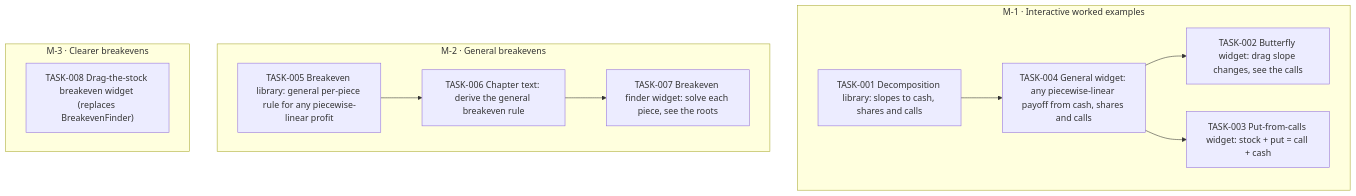
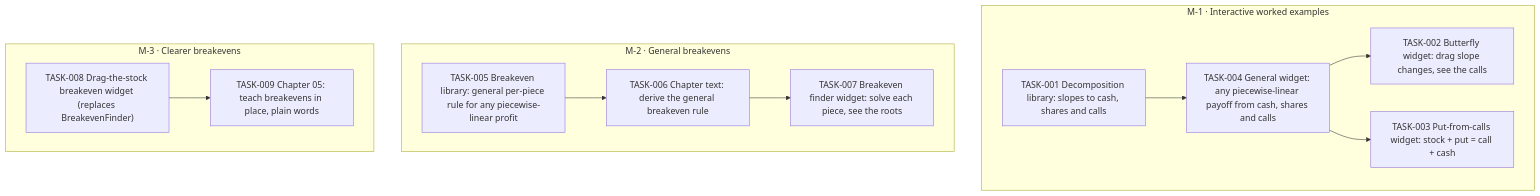
One commit to all-explained/options-explained changed the diagram in goals/improve-viz/README.md. Above: the diagram before and after it, drawn with Mermaid. The commit also changed 1 other file, not shown here.

Commit message:
goal(improve-viz): add TASK-009 Chapter 05: teach breakevens in place, plain words

````diff
--- a/goals/improve-viz/README.md
+++ b/goals/improve-viz/README.md
@@ -25,25 +25,27 @@
 ```mermaid
 flowchart TD
   subgraph M_1["M-1 · Interactive worked examples"]
     TASK_001["TASK-001 Decomposition library: slopes to cash, shares and calls"]
     TASK_002["TASK-002 Butterfly widget: drag slope changes, see the calls"]
     TASK_003["TASK-003 Put-from-calls widget: stock + put = call + cash"]
     TASK_004["TASK-004 General widget: any piecewise-linear payoff from cash, shares and calls"]
   end
   subgraph M_2["M-2 · General breakevens"]
     TASK_005["TASK-005 Breakeven library: general per-piece rule for any piecewise-linear profit"]
     TASK_006["TASK-006 Chapter text: derive the general breakeven rule"]
     TASK_007["TASK-007 Breakeven finder widget: solve each piece, see the roots"]
   end
   subgraph M_3["M-3 · Clearer breakevens"]
     TASK_008["TASK-008 Drag-the-stock breakeven widget (replaces BreakevenFinder)"]
+    TASK_009["TASK-009 Chapter 05: teach breakevens in place, plain words"]
   end
   TASK_004 --> TASK_002
   TASK_004 --> TASK_003
   TASK_001 --> TASK_004
   TASK_005 --> TASK_006
   TASK_006 --> TASK_007
+  TASK_008 --> TASK_009
   classDef draft stroke-dasharray: 4 3
   classDef cancelled opacity:0.45
   classDef decision fill:#f3e8ff,stroke:#7c3aed
 ```
````
